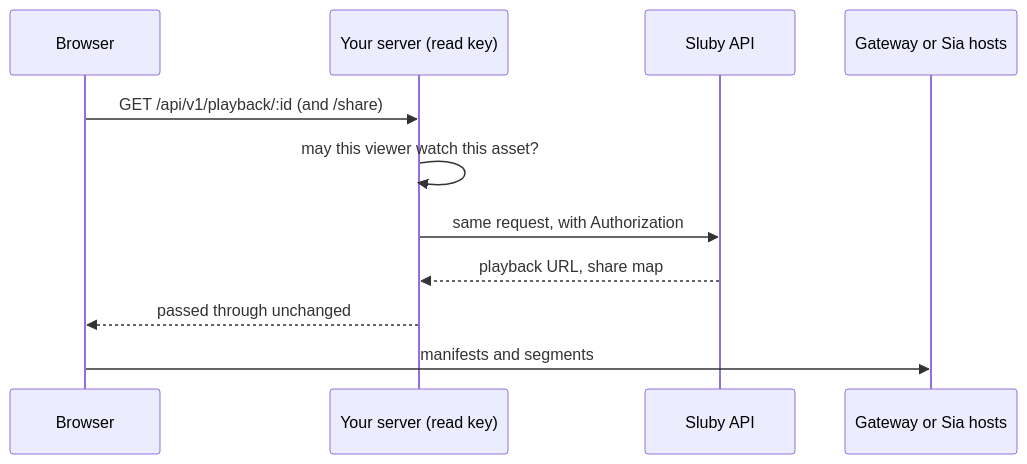
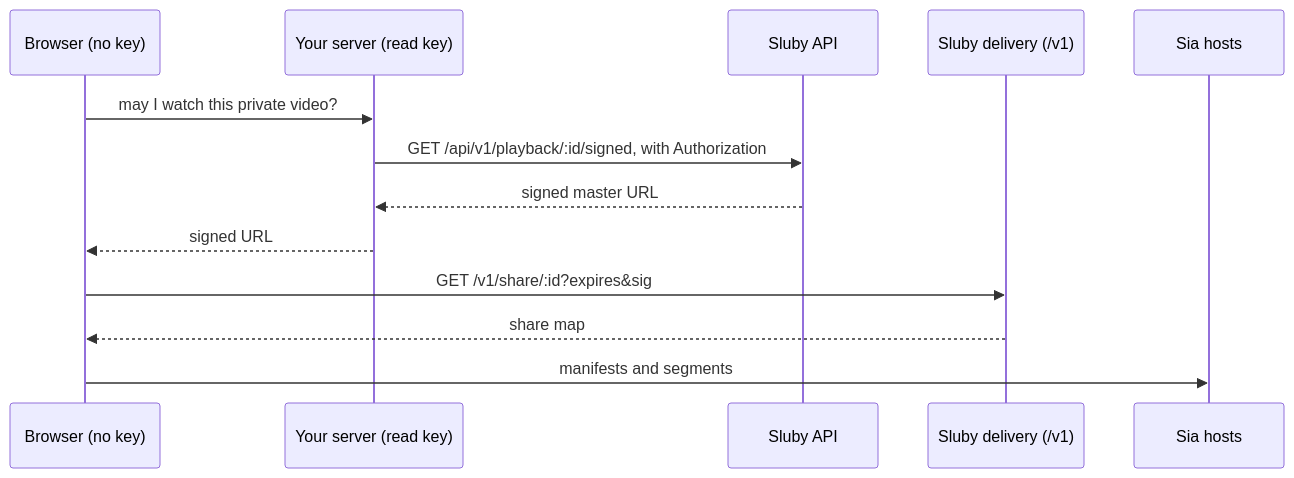
Before and after one commit to justmert/Sluby: the diagram in docs/guide/react.md, drawn with Mermaid. The commit also changed other lines of this file and 5 other files, not shown here.

Commit message:
document keyless direct-from-sia playback and the public share map in the guides and architecture pages

````diff
--- a/docs/guide/react.md
+++ b/docs/guide/react.md
@@ -226,13 +230,15 @@
 ```mermaid
 sequenceDiagram
-  participant B as Browser
+  participant B as Browser (no key)
   participant S as Your server (read key)
   participant A as Sluby API
-  participant G as Gateway or Sia hosts
-  B->>S: GET /api/v1/playback/:id (and /share)
-  S->>S: may this viewer watch this asset?
-  S->>A: same request, with Authorization
-  A-->>S: playback URL, share map
-  S-->>B: passed through unchanged
-  B->>G: manifests and segments
+  participant G as Sluby delivery (/v1)
+  participant H as Sia hosts
+  B->>S: may I watch this private video?
+  S->>A: GET /api/v1/playback/:id/signed, with Authorization
+  A-->>S: signed master URL
+  S-->>B: signed URL
+  B->>G: GET /v1/share/:id?expires&sig
+  G-->>B: share map
+  B->>H: manifests and segments
 ```
````
